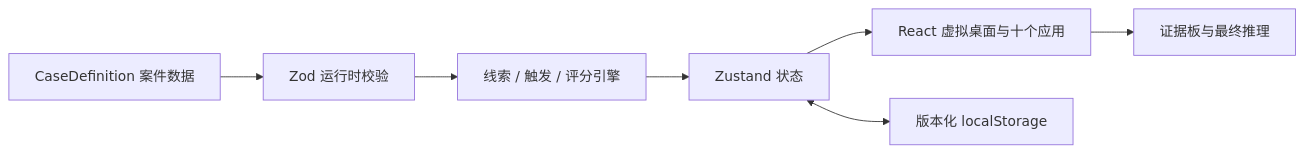
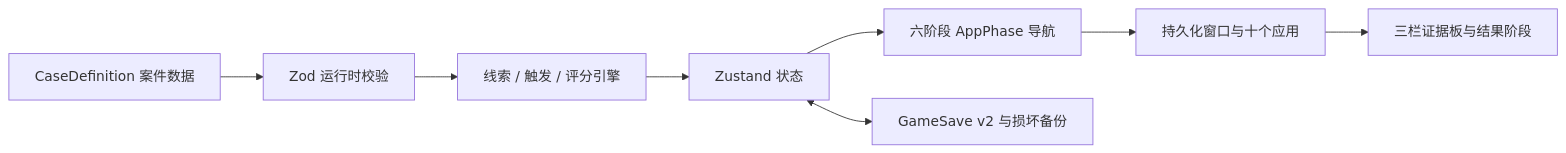
The diagram in README.md (PHLXXX/lost-desktop-museum), drawn with Mermaid before and after one commit. The commit also changed other lines of this file and 69 other files, not shown here.

````diff
--- a/README.md
+++ b/README.md
@@ -55,9 +61,10 @@
 ```mermaid
 flowchart LR
   A[CaseDefinition 案件数据] --> B[Zod 运行时校验]
   B --> C[线索 / 触发 / 评分引擎]
   C --> D[Zustand 状态]
-  D --> E[React 虚拟桌面与十个应用]
-  D <--> F[版本化 localStorage]
-  E --> G[证据板与最终推理]
+  D --> E[六阶段 AppPhase 导航]
+  D <--> F[GameSave v2 与损坏备份]
+  E --> G[持久化窗口与十个应用]
+  G --> H[三栏证据板与结果阶段]
 ```
````
